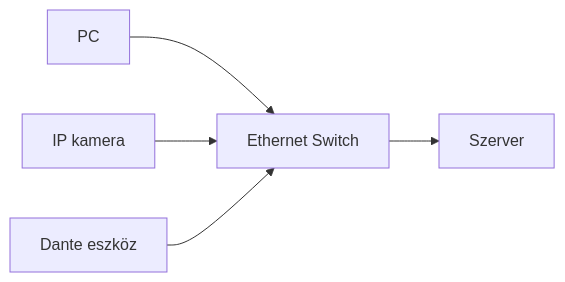
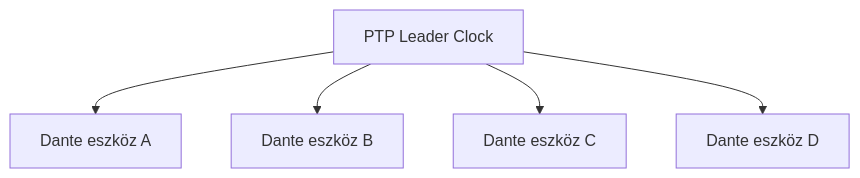
The third of 7 diagrams in chapters/01-mi-a-dante.md (bogdanpeter/dante), drawn with Mermaid before and after one commit. The commit also changed other lines of this file, not shown here.

````diff
--- a/chapters/01-mi-a-dante.md
+++ b/chapters/01-mi-a-dante.md
@@ -778,18 +488,13 @@
-```mermaid
-flowchart LR
+``` mermaid
+flowchart TB
+    L["PTP Leader Clock"]
+    A["Dante eszköz A"]
+    B["Dante eszköz B"]
+    C["Dante eszköz C"]
+    D["Dante eszköz D"]
 
-A["PC"]
-
-B["IP kamera"]
-
-C["Dante eszköz"]
-
-SW["Ethernet Switch"]
-
-D["Szerver"]
-
-A --> SW
-B --> SW
-C --> SW
-SW --> D
+    L --> A
+    L --> B
+    L --> C
+    L --> D
 ```
````
